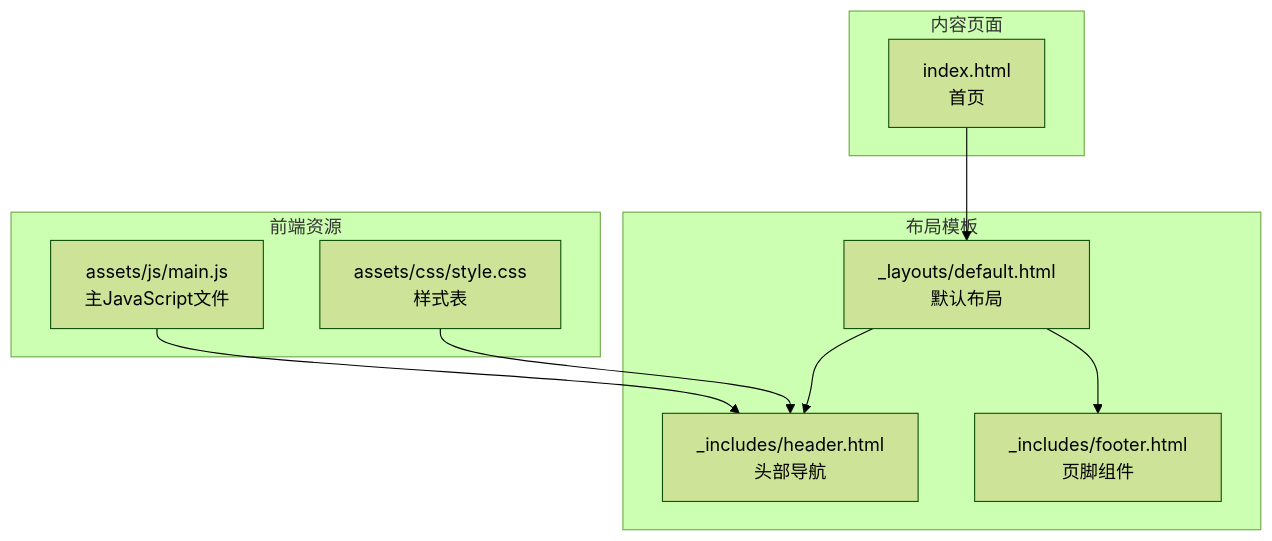
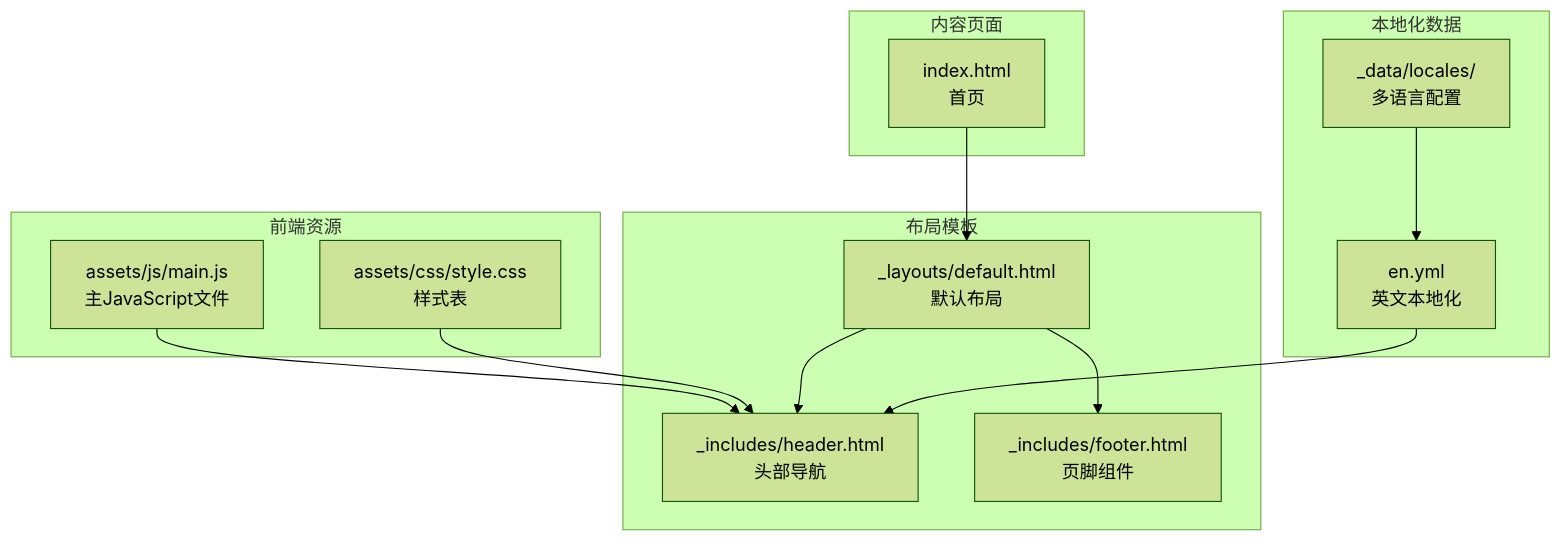
Before and after one commit to halfism/halfism.github.io: the first of 7 diagrams in .qoder/repowiki/zh/content/JavaScript 交互系统/移动端导航.md, drawn with Mermaid (forest theme). The commit also changed other lines of this file and 4 other files, not shown here.

````diff
--- a/.qoder/repowiki/zh/content/JavaScript 交互系统/移动端导航.md
+++ b/.qoder/repowiki/zh/content/JavaScript 交互系统/移动端导航.md
@@ -32,20 +41,26 @@
 ```mermaid
 graph TB
 subgraph "前端资源"
 JS[assets/js/main.js<br/>主JavaScript文件]
 CSS[assets/css/style.css<br/>样式表]
 end
 subgraph "布局模板"
 LAYOUT[_layouts/default.html<br/>默认布局]
 HEADER[_includes/header.html<br/>头部导航]
 FOOTER[_includes/footer.html<br/>页脚组件]
 end
 subgraph "内容页面"
 INDEX[index.html<br/>首页]
 end
+subgraph "本地化数据"
+LOCALES[_data/locales/<br/>多语言配置]
+EN_YML[en.yml<br/>英文本地化]
+end
 JS --> HEADER
 CSS --> HEADER
 LAYOUT --> HEADER
 LAYOUT --> FOOTER
 INDEX --> LAYOUT
+LOCALES --> EN_YML
+EN_YML --> HEADER
 ```
````
